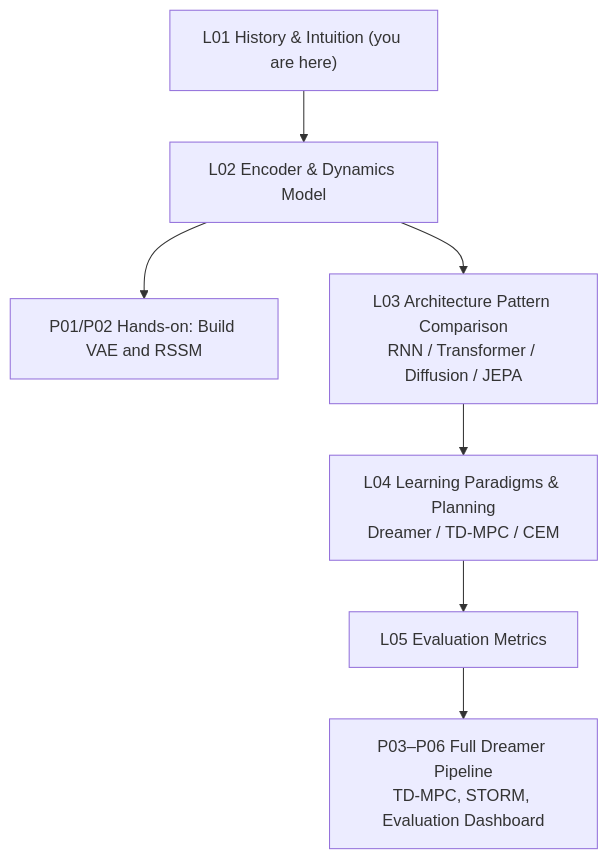
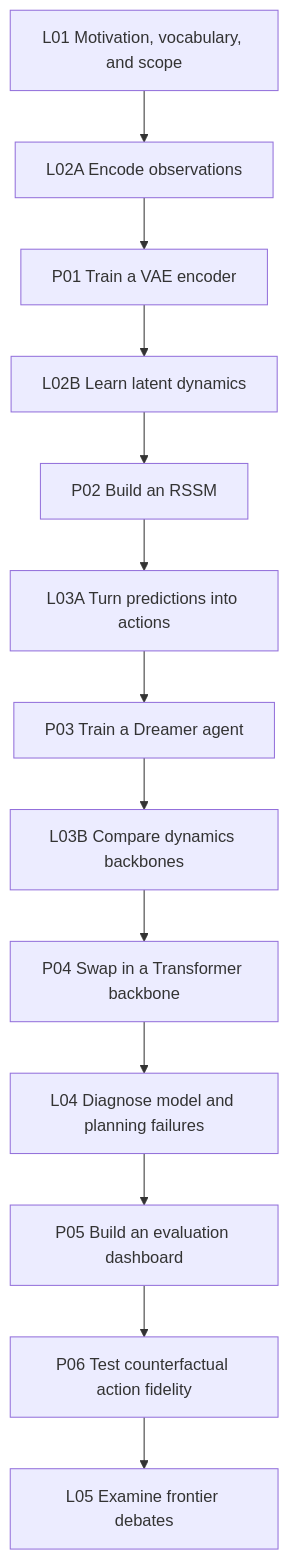
One commit to datawhalechina/learn-world-model changed the diagram in docs/en/lectures/lecture-01-internal-simulation/04-roadmap.md. Above: the diagram before and after it, drawn with Mermaid. The commit also changed other lines of this file and 48 other files, not shown here.

````diff
--- a/docs/en/lectures/lecture-01-internal-simulation/04-roadmap.md
+++ b/docs/en/lectures/lecture-01-internal-simulation/04-roadmap.md
@@ -11,9 +11,15 @@
 ```mermaid
 flowchart TD
-    L01["L01 History & Intuition (you are here)"] --> L02
-    L02["L02 Encoder & Dynamics Model"] --> P01["P01/P02 Hands-on: Build VAE and RSSM"]
-    L02 --> L03["L03 Architecture Pattern Comparison\nRNN / Transformer / Diffusion / JEPA"]
-    L03 --> L04["L04 Learning Paradigms & Planning\nDreamer / TD-MPC / CEM"]
-    L04 --> L05["L05 Evaluation Metrics"]
-    L05 --> P03["P03–P06 Full Dreamer Pipeline\nTD-MPC, STORM, Evaluation Dashboard"]
+    L01["L01 Motivation, vocabulary, and scope"] --> L02A["L02A Encode observations"]
+    L02A --> P01["P01 Train a VAE encoder"]
+    P01 --> L02B["L02B Learn latent dynamics"]
+    L02B --> P02["P02 Build an RSSM"]
+    P02 --> L03A["L03A Turn predictions into actions"]
+    L03A --> P03["P03 Train a Dreamer agent"]
+    P03 --> L03B["L03B Compare dynamics backbones"]
+    L03B --> P04["P04 Swap in a Transformer backbone"]
+    P04 --> L04["L04 Diagnose model and planning failures"]
+    L04 --> P05["P05 Build an evaluation dashboard"]
+    P05 --> P06["P06 Test counterfactual action fidelity"]
+    P06 --> L05["L05 Examine frontier debates"]
 ```
````
